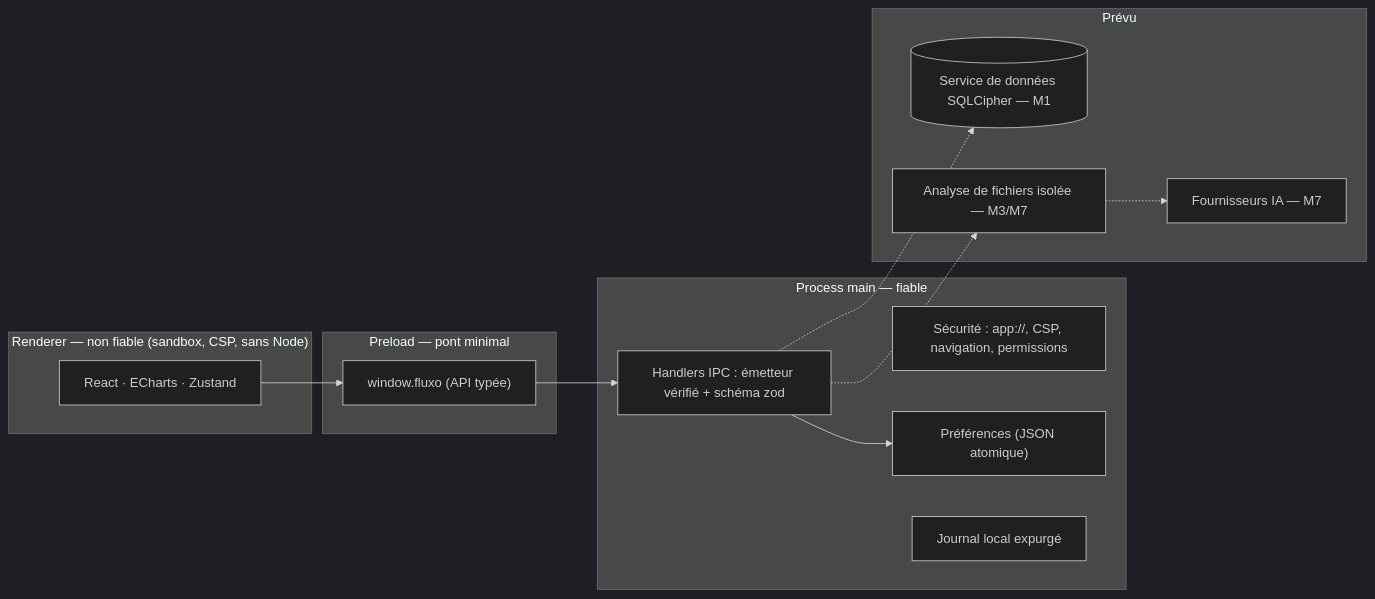
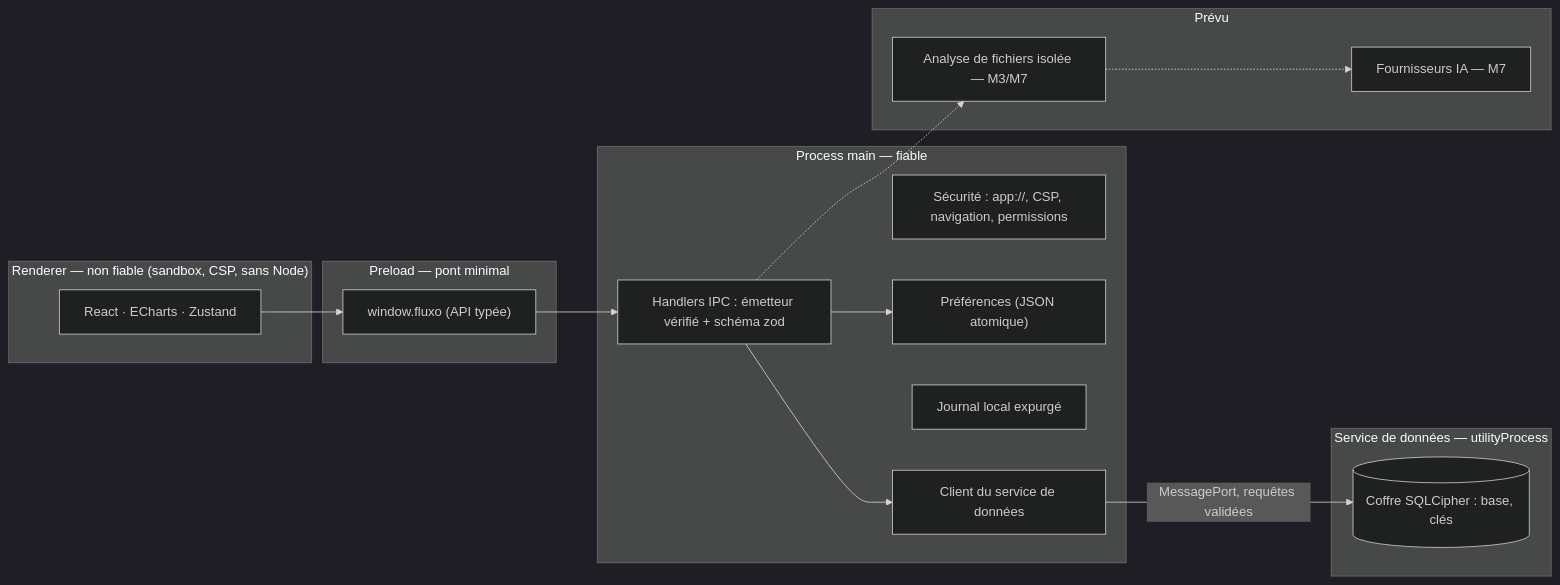
The diagram in docs/architecture/vue-ensemble.md (Thefirstalpha/fluxo), drawn with Mermaid (dark theme) before and after one commit. The commit also changed other lines of this file and 25 other files, not shown here.

First line of the commit message:
feat(m1): lot 1 — moteur chiffré et service de données isolé

````diff
--- a/docs/architecture/vue-ensemble.md
+++ b/docs/architecture/vue-ensemble.md
@@ -24,25 +26,29 @@
 ```mermaid
 flowchart LR
   subgraph R["Renderer — non fiable (sandbox, CSP, sans Node)"]
     UI["React · ECharts · Zustand"]
   end
   subgraph P["Preload — pont minimal"]
     API["window.fluxo (API typée)"]
   end
   subgraph M["Process main — fiable"]
     IPC["Handlers IPC : émetteur vérifié + schéma zod"]
     SEC["Sécurité : app://, CSP, navigation, permissions"]
     SET["Préférences (JSON atomique)"]
     LOG["Journal local expurgé"]
+    CLI["Client du service de données"]
+  end
+  subgraph D["Service de données — utilityProcess"]
+    DATA[("Coffre SQLCipher : base, clés")]
   end
   subgraph F["Prévu"]
-    DATA[("Service de données SQLCipher — M1")]
     PARSE["Analyse de fichiers isolée — M3/M7"]
     AI["Fournisseurs IA — M7"]
   end
   UI --> API --> IPC
   IPC --> SET
-  IPC -.-> DATA
+  IPC --> CLI
+  CLI -- "MessagePort, requêtes validées" --> DATA
   IPC -.-> PARSE
   PARSE -.-> AI
 ```
````
